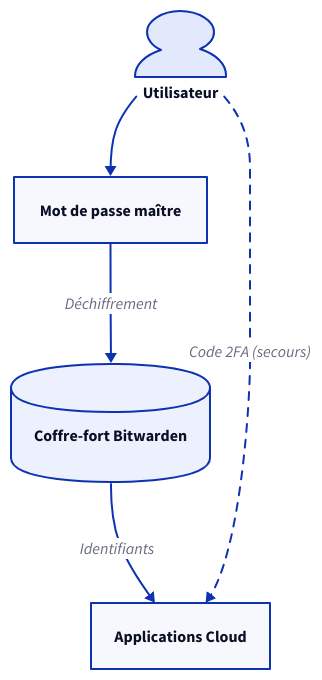
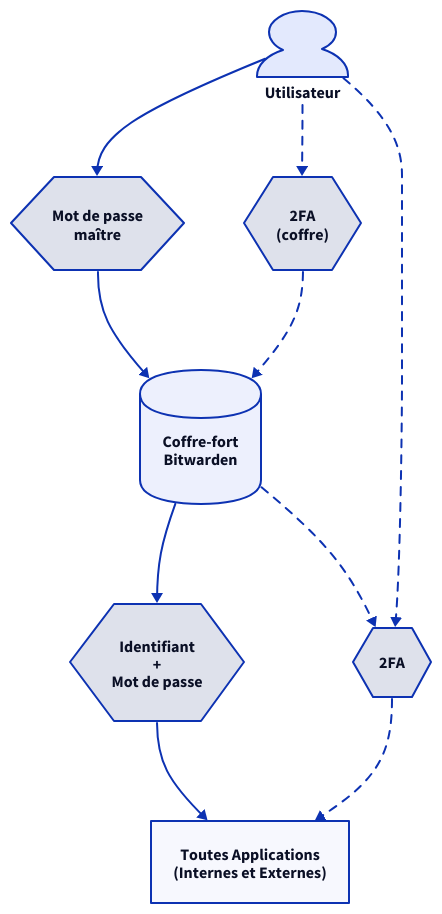
The diagram in src/content/docs/fr/doc/user-guide/account.mdx (darkone-linux/dnf-doc), drawn with D2 before and after one commit. The commit also changed other lines of this file and 1 other file, not shown here.

Commit message:
doc(diagram): passwords / 2fa

````diff
--- a/src/content/docs/fr/doc/user-guide/account.mdx
+++ b/src/content/docs/fr/doc/user-guide/account.mdx
@@ -34,22 +34,47 @@
 ```d2
 style.fill: transparent
 direction: down
 
 user: Utilisateur {
   shape: person
 }
 
-master: Mot de passe maître
-vault: Coffre-fort Bitwarden {
+master: Mot de passe\nmaître {
+  shape: hexagon
+}
+2fac: 2FA\n(coffre) {
+  shape: hexagon
+}
+vault: Coffre-fort\nBitwarden {
   shape: cylinder
 }
+idp: Identifiant\n+\nMot de passe {
+  shape: hexagon
+}
+2fa: 2FA {
+  shape: hexagon
+}
 
-apps: Applications Cloud
+apps: Toutes Applications\n(Internes et Externes)
 
 user -> master
-master -> vault: Déchiffrement
-vault -> apps: Identifiants
-user -> apps: Code 2FA (secours) {
+master -> vault
+vault -> idp
+idp -> apps
+
+user -> 2fac {
+  style.stroke-dash: 4
+}
+2fac -> vault {
+  style.stroke-dash: 4
+}
+vault -> 2fa {
+  style.stroke-dash: 4
+}
+2fa -> apps {
+  style.stroke-dash: 4
+}
+user -> 2fa {
   style.stroke-dash: 4
 }
 ```
````
